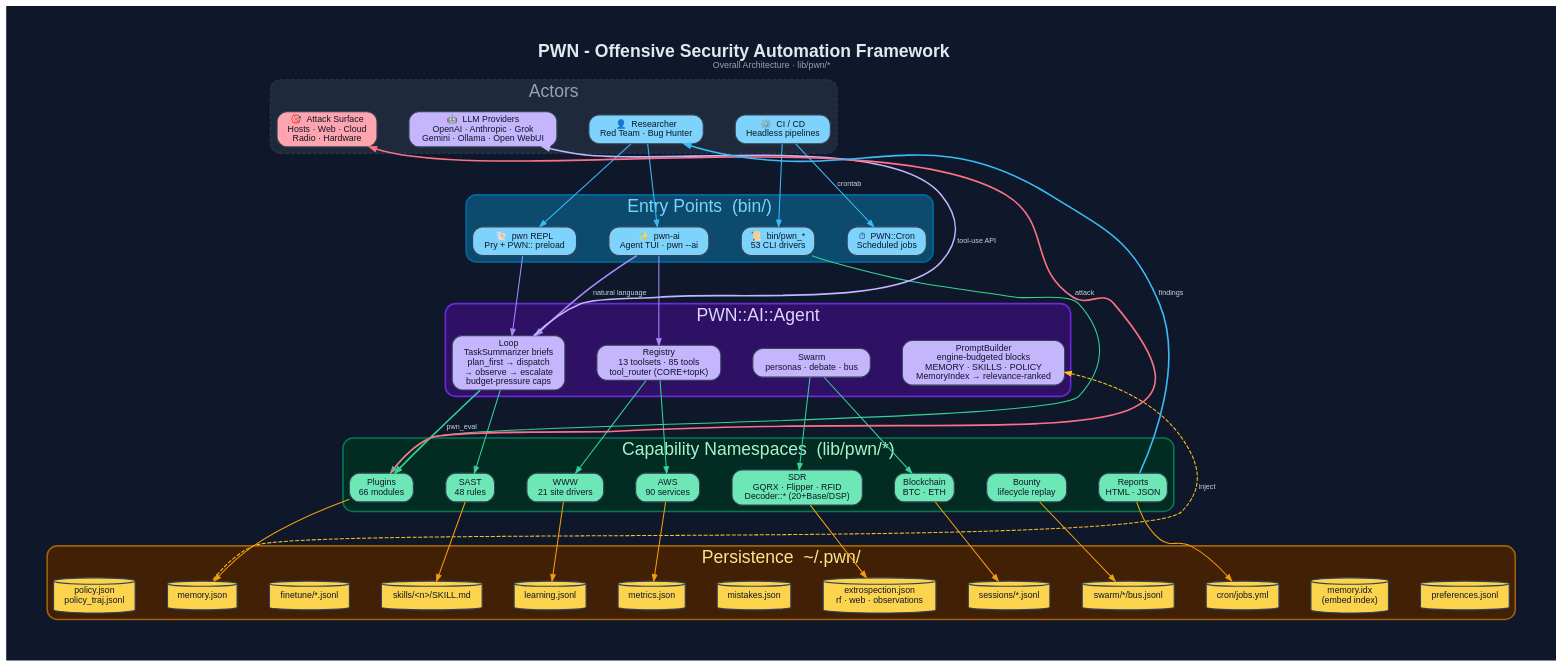
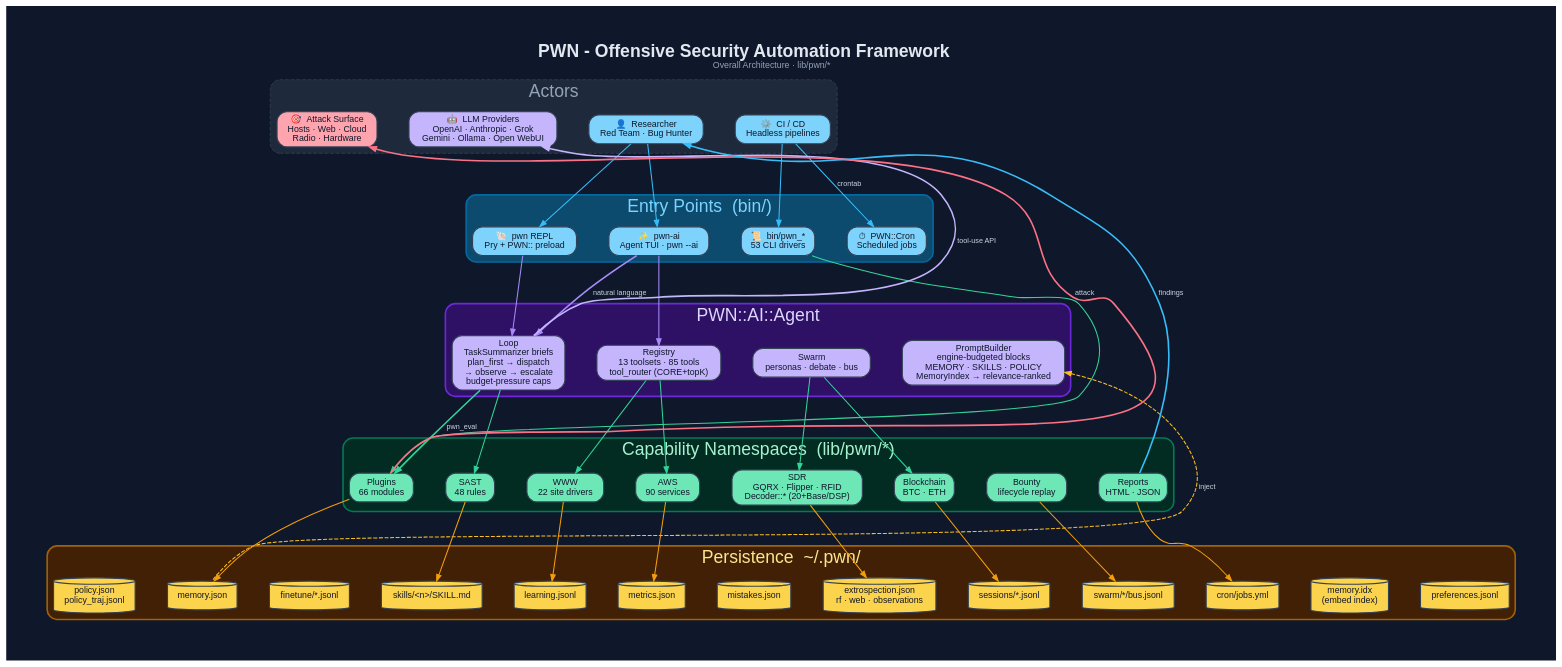
Before and after one commit to 0dayInc/pwn: the diagram in documentation/diagrams/dot/overall-pwn-architecture.dot, drawn with Graphviz. The commit also changed 37 other files, not shown here.

```diff
--- a/documentation/diagrams/dot/overall-pwn-architecture.dot
+++ b/documentation/diagrams/dot/overall-pwn-architecture.dot
@@ -1,122 +1,122 @@
 digraph "PWN_Overall_Architecture" {
   graph [
     label=<<B>PWN - Offensive Security Automation Framework</B><BR/><FONT POINT-SIZE="11" COLOR="#94a3b8">Overall Architecture · lib/pwn/*</FONT>>,
     labelloc=t, fontsize=22, fontname="Helvetica",
     rankdir=TB, splines=spline, nodesep=0.55, ranksep=1.15,
     bgcolor="#0f172a", fontcolor="#e2e8f0", pad=0.6, compound=true, newrank=true
   ];
   node [fontname="Helvetica", fontsize=11, style="filled,rounded",
         shape=box, penwidth=1.4, color="#334155", fontcolor="#0f172a"];
   edge [fontname="Helvetica", fontsize=9, color="#94a3b8",
         fontcolor="#cbd5e1", penwidth=1.3, arrowsize=0.8];
 
   /* ───────── L0 · ACTORS ───────── */
   subgraph cluster_actors {
     label="Actors"; fontcolor="#94a3b8"; style="rounded,dashed";
     color="#334155"; bgcolor="#1e293b";
     User   [label="👤  Researcher\nRed Team · Bug Hunter", fillcolor="#7dd3fc"];
     CI     [label="⚙️  CI / CD\nHeadless pipelines",       fillcolor="#7dd3fc"];
     LLM    [label="🤖  LLM Providers\nOpenAI · Anthropic · Grok\nGemini · Ollama · Open WebUI", fillcolor="#c4b5fd"];
     Target [label="🎯  Attack Surface\nHosts · Web · Cloud\nRadio · Hardware", fillcolor="#fda4af"];
   }
   {rank=same; User; CI; LLM; Target}
 
   /* ───────── L1 · ENTRY POINTS ───────── */
   subgraph cluster_entry {
     label="Entry Points  (bin/)"; fontcolor="#7dd3fc";
     style=rounded; color="#0369a1"; bgcolor="#0c4a6e"; penwidth=2;
     REPL  [label="🐚  pwn REPL\nPry + PWN:: preload",       fillcolor="#7dd3fc"];
     PwnAI [label="✨  pwn-ai\nAgent TUI · pwn --ai",         fillcolor="#7dd3fc"];
     CLI   [label="📜  bin/pwn_*\n53 CLI drivers",            fillcolor="#7dd3fc"];
     Cronb [label="⏱  PWN::Cron\nScheduled jobs",            fillcolor="#7dd3fc"];
   }
   {rank=same; REPL; PwnAI; CLI; Cronb}
 
   /* ───────── L2 · AI AGENT CORE ───────── */
   subgraph cluster_agent {
     label="PWN::AI::Agent"; fontcolor="#ddd6fe";
     style=rounded; color="#6d28d9"; bgcolor="#2e1065"; penwidth=2;
     Loop     [label="Loop\nTaskSummarizer briefs\nplan_first → dispatch\n→ observe → escalate\nbudget-pressure caps",      fillcolor="#c4b5fd"];
     Registry [label="Registry\n13 toolsets · 85 tools\ntool_router (CORE+topK)",    fillcolor="#c4b5fd"];
     Swarm    [label="Swarm\npersonas · debate · bus",        fillcolor="#c4b5fd"];
     Prompt   [label="PromptBuilder\nengine-budgeted blocks\nMEMORY · SKILLS · POLICY\nMemoryIndex → relevance-ranked",fillcolor="#c4b5fd"];
   }
   {rank=same; Loop; Registry; Swarm; Prompt}
 
   /* ───────── L3 · CAPABILITY NAMESPACES ───────── */
   subgraph cluster_caps {
     label="Capability Namespaces  (lib/pwn/*)"; fontcolor="#a7f3d0";
     style=rounded; color="#047857"; bgcolor="#022c22"; penwidth=2;
     Plugins [label="Plugins\n66 modules",     fillcolor="#6ee7b7"];
     SAST    [label="SAST\n48 rules",          fillcolor="#6ee7b7"];
-    WWW     [label="WWW\n21 site drivers",    fillcolor="#6ee7b7"];
+    WWW     [label="WWW\n22 site drivers",    fillcolor="#6ee7b7"];
     AWS     [label="AWS\n90 services",        fillcolor="#6ee7b7"];
     SDR     [label="SDR\nGQRX · Flipper · RFID\nDecoder::* (20+Base/DSP)", fillcolor="#6ee7b7"];
     Chain   [label="Blockchain\nBTC · ETH",   fillcolor="#6ee7b7"];
     Bounty  [label="Bounty\nlifecycle replay", fillcolor="#6ee7b7"];
     Reports [label="Reports\nHTML · JSON",    fillcolor="#6ee7b7"];
   }
   {rank=same; Plugins; SAST; WWW; AWS; SDR; Chain; Bounty; Reports}
 
   /* ───────── L4 · PERSISTENCE (~/.pwn) ───────── */
   subgraph cluster_persist {
     label="Persistence  ~/.pwn/"; fontcolor="#fde68a";
     style=rounded; color="#a16207"; bgcolor="#422006"; penwidth=2;
     Memory   [label="memory.json",       shape=cylinder, fillcolor="#fcd34d"];
     MemIdx   [label="memory.idx\n(embed index)", shape=cylinder, fillcolor="#fcd34d"];
     Skills   [label="skills/<n>/SKILL.md",        shape=cylinder, fillcolor="#fcd34d"];
     Learn    [label="learning.jsonl",     shape=cylinder, fillcolor="#fcd34d"];
     Metrics  [label="metrics.json",       shape=cylinder, fillcolor="#fcd34d"];
     MistF    [label="mistakes.json",      shape=cylinder, fillcolor="#fcd34d"];
     Extro    [label="extrospection.json\nrf · web · observations", shape=cylinder, fillcolor="#fcd34d"];
     Sessions [label="sessions/*.jsonl",   shape=cylinder, fillcolor="#fcd34d"];
     SwarmB   [label="swarm/*/bus.jsonl",  shape=cylinder, fillcolor="#fcd34d"];
     CronF    [label="cron/jobs.yml",      shape=cylinder, fillcolor="#fcd34d"];
     Finetune [label="finetune/*.jsonl", shape=cylinder, fillcolor="#fcd34d"];
     Prefs    [label="preferences.jsonl", shape=cylinder, fillcolor="#fcd34d"];
     PolicyF  [label="policy.json\npolicy_traj.jsonl", shape=cylinder, fillcolor="#fcd34d"];
   }
   {rank=same; Memory; MemIdx; Skills; Learn; Metrics; MistF; Extro; Sessions; SwarmB; CronF; Finetune; Prefs; PolicyF}
 
   /* ── L0 → L1 ── */
   User -> REPL   [color="#38bdf8"];
   User -> PwnAI  [color="#38bdf8"];
   CI   -> CLI    [color="#38bdf8"];
   CI   -> Cronb  [label="crontab", color="#38bdf8"];
 
   /* ── L1 → L2 ── */
   REPL  -> Loop     [color="#a78bfa"];
   PwnAI -> Loop     [label="natural language", color="#a78bfa", penwidth=2];
   PwnAI -> Registry [color="#a78bfa"];
   CLI   -> Swarm    [style=invis];
   Cronb -> Prompt   [style=invis];
 
   /* ── L2 → L3 ── */
   Loop     -> Plugins [label="pwn_eval", color="#34d399", penwidth=2];
   Loop     -> SAST    [color="#34d399"];
   Registry -> WWW     [color="#34d399"];
   Registry -> AWS     [color="#34d399"];
   Swarm    -> SDR     [color="#34d399"];
   Swarm    -> Chain   [color="#34d399"];
   Prompt   -> Bounty  [style=invis];
   Prompt   -> Reports [style=invis];
   CLI      -> Plugins [color="#34d399", constraint=false];
 
   /* ── L3 → L4 ── */
   Plugins -> Memory   [color="#f59e0b"];
   SAST    -> Skills   [color="#f59e0b"];
   WWW     -> Learn    [color="#f59e0b"];
   AWS     -> Metrics  [color="#f59e0b"];
   SDR     -> MistF    [style=invis];
   SDR     -> Extro    [color="#f59e0b"];
   Chain   -> Sessions [color="#f59e0b"];
   Bounty  -> SwarmB   [color="#f59e0b"];
   Reports -> CronF    [color="#f59e0b"];
   Reports -> Prefs    [style=invis];
 
   /* ── side flows (few, non-constraining) ── */
   Loop    -> LLM    [label="tool-use API", color="#c4b5fd", constraint=false, penwidth=2];
   Plugins -> Target [label="attack",       color="#fb7185", constraint=false, penwidth=2];
   Prompt  -> Memory [label="inject", dir=back, color="#fbbf24", constraint=false, style=dashed];
   Reports -> User   [label="findings", color="#38bdf8", constraint=false, penwidth=2];
 }
```
